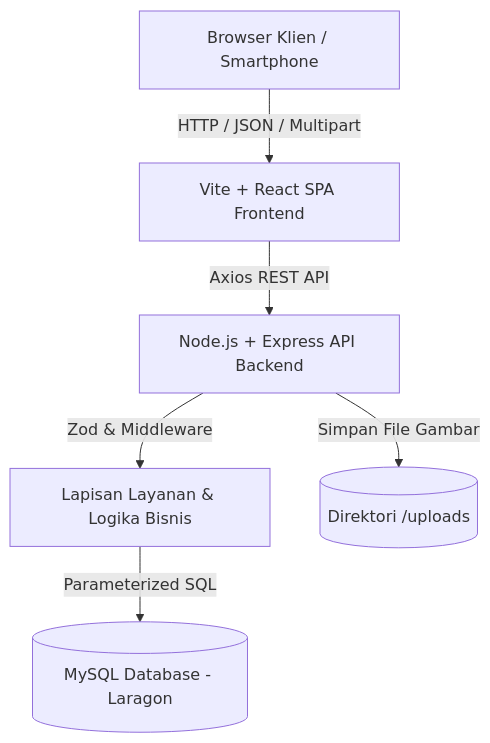
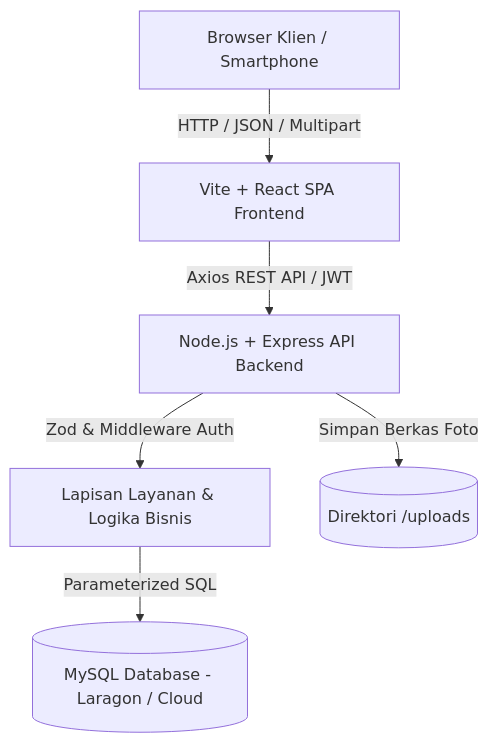
One commit to Zidane-m/WaMP changed the first of 2 diagrams in README.md. Above: the diagram before and after it, drawn with Mermaid. The commit also changed other lines of this file, not shown here.

````diff
--- a/README.md
+++ b/README.md
@@ -72,8 +82,8 @@
 ```mermaid
 graph TD
     Client[Browser Klien / Smartphone] -->|HTTP / JSON / Multipart| Frontend[Vite + React SPA Frontend]
-    Frontend -->|Axios REST API| Backend[Node.js + Express API Backend]
-    Backend -->|Zod & Middleware| Service[Lapisan Layanan & Logika Bisnis]
-    Service -->|Parameterized SQL| DB[(MySQL Database - Laragon)]
-    Backend -->|Simpan File Gambar| Storage[(Direktori /uploads)]
+    Frontend -->|Axios REST API / JWT| Backend[Node.js + Express API Backend]
+    Backend -->|Zod & Middleware Auth| Service[Lapisan Layanan & Logika Bisnis]
+    Service -->|Parameterized SQL| DB[(MySQL Database - Laragon / Cloud)]
+    Backend -->|Simpan Berkas Foto| Storage[(Direktori /uploads)]
 ```
````
